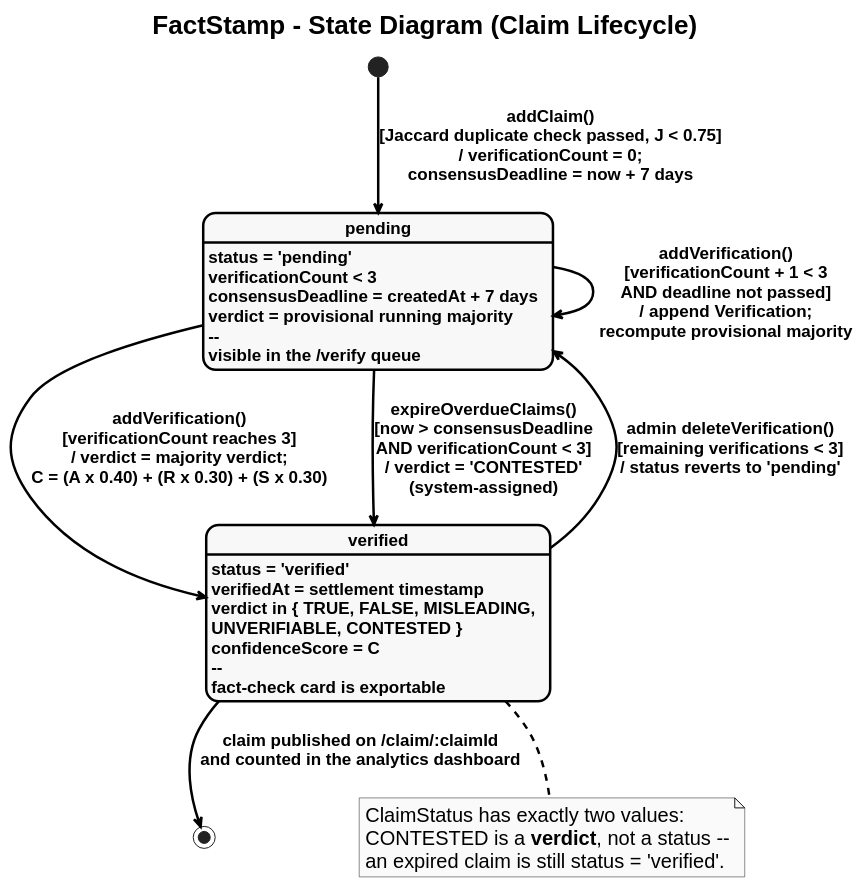
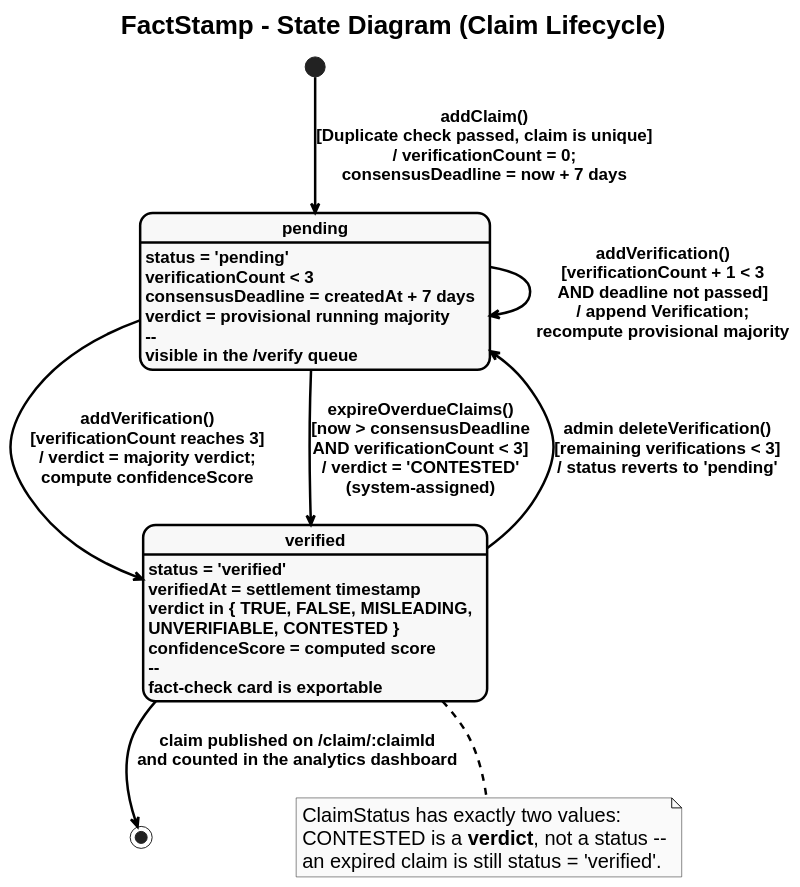
The diagram in FactStamp/black_book_draft/03_Requirements_and_Analysis/attachments/state_diagram.puml (aadish0day/typst), drawn with PlantUML before and after one commit. The commit also changed 50 other files, not shown here.

```diff
--- a/FactStamp/black_book_draft/03_Requirements_and_Analysis/attachments/state_diagram.puml
+++ b/FactStamp/black_book_draft/03_Requirements_and_Analysis/attachments/state_diagram.puml
@@ -1,83 +1,83 @@
 @startuml
 skinparam style strictuml
 skinparam monochrome true
 skinparam defaultFontName "Liberation Sans"
 skinparam defaultFontSize 20
 skinparam defaultFontStyle bold
 skinparam titleFontSize 26
 skinparam titleFontStyle bold
 
 skinparam backgroundColor white
 skinparam ArrowColor black
 skinparam ArrowThickness 2.5
 skinparam ArrowFontSize 17
 skinparam ArrowFontStyle bold
 
 skinparam UsecaseBorderColor black
 skinparam UsecaseBorderThickness 2.5
 skinparam UsecaseBackgroundColor #F8F9FA
 skinparam UsecaseFontSize 19
 skinparam UsecaseFontStyle bold
 
 skinparam ActorBorderColor black
 skinparam ActorBorderThickness 2.5
 skinparam ActorBackgroundColor #FFFFFF
 skinparam ActorFontSize 20
 skinparam ActorFontStyle bold
 
 skinparam RectangleBorderColor black
 skinparam RectangleBorderThickness 2.5
 skinparam RectangleBackgroundColor transparent
 skinparam RectangleFontSize 20
 skinparam RectangleFontStyle bold
 
 title FactStamp - State Diagram (Claim Lifecycle)
 
 skinparam StateBorderColor black
 skinparam StateBorderThickness 2.5
 skinparam StateBackgroundColor #F8F9FA
 skinparam StateFontSize 21
 skinparam StateFontStyle bold
 skinparam StateAttributeFontSize 17
 skinparam nodesep 40
 skinparam ranksep 55
 
 state "pending" as Pending {
 }
 Pending : status = 'pending'
 Pending : verificationCount < 3
 Pending : consensusDeadline = createdAt + 7 days
 Pending : verdict = provisional running majority
 Pending : --
 Pending : visible in the /verify queue
 
 state "verified" as Verified {
 }
 Verified : status = 'verified'
 Verified : verifiedAt = settlement timestamp
 Verified : verdict in { TRUE, FALSE, MISLEADING,
 Verified : UNVERIFIABLE, CONTESTED }
-Verified : confidenceScore = C
+Verified : confidenceScore = computed score
 Verified : --
 Verified : fact-check card is exportable
 
-[*] --> Pending : addClaim()\n[Jaccard duplicate check passed, J < 0.75]\n/ verificationCount = 0;\nconsensusDeadline = now + 7 days
+[*] --> Pending : addClaim()\n[Duplicate check passed, claim is unique]\n/ verificationCount = 0;\nconsensusDeadline = now + 7 days
 
 Pending --> Pending : addVerification()\n[verificationCount + 1 < 3\nAND deadline not passed]\n/ append Verification;\nrecompute provisional majority
 
-Pending --> Verified : addVerification()\n[verificationCount reaches 3]\n/ verdict = majority verdict;\nC = (A x 0.40) + (R x 0.30) + (S x 0.30)
+Pending --> Verified : addVerification()\n[verificationCount reaches 3]\n/ verdict = majority verdict;\ncompute confidenceScore
 
 Pending --> Verified : expireOverdueClaims()\n[now > consensusDeadline\nAND verificationCount < 3]\n/ verdict = 'CONTESTED'\n(system-assigned)
 
 Verified --> Pending : admin deleteVerification()\n[remaining verifications < 3]\n/ status reverts to 'pending'
 
 Verified --> [*] : claim published on /claim/:claimId\nand counted in the analytics dashboard
 
 note bottom of Verified
   ClaimStatus has exactly two values:
   'pending' and 'verified'.
   CONTESTED is a **verdict**, not a status --
   an expired claim is still status = 'verified'.
 end note
 
 @enduml
```
